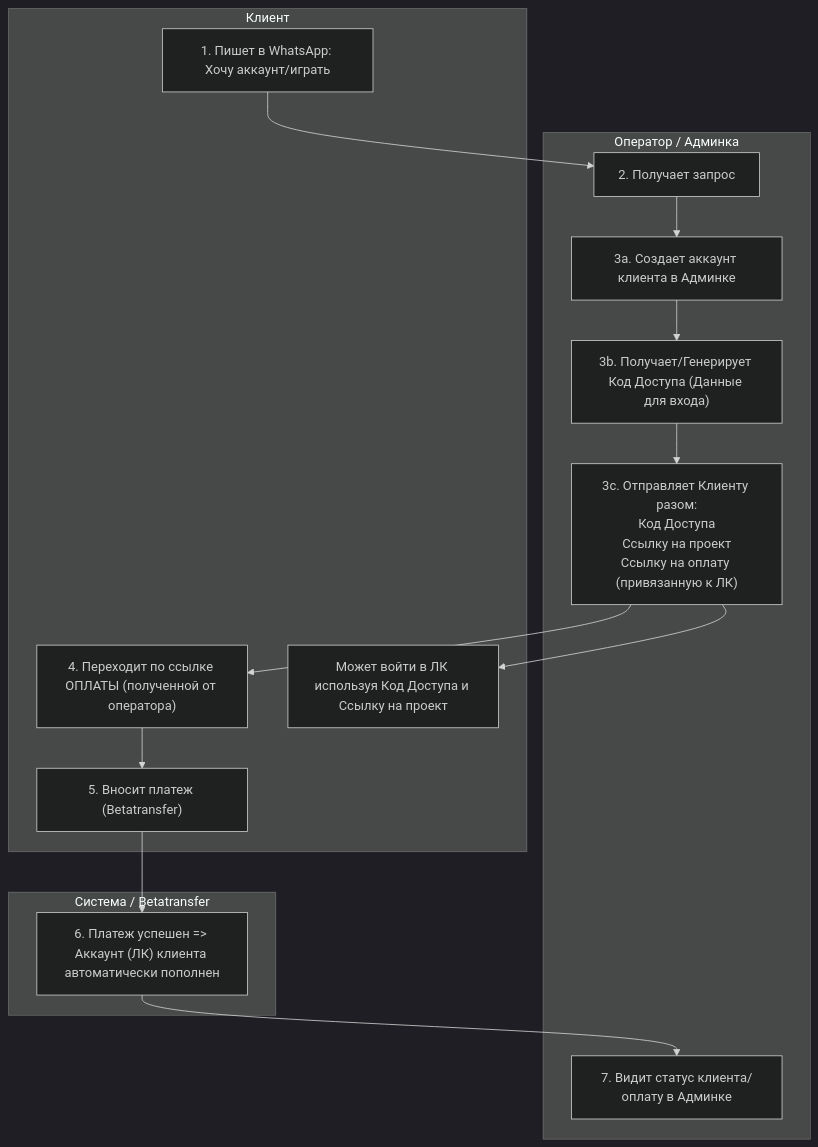
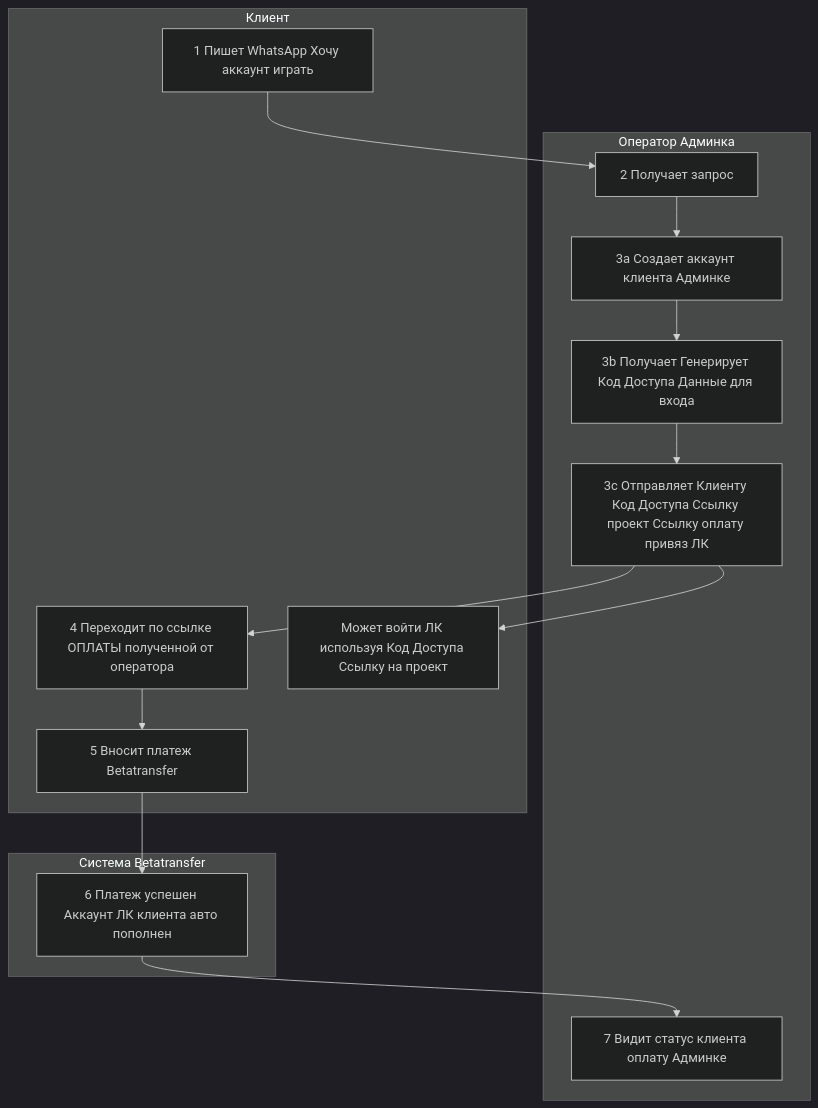
One commit to serheg/obirix.com changed the diagram in champion.md. Above: the diagram before and after it, drawn with Mermaid (dark theme).

````diff
--- a/champion.md
+++ b/champion.md
@@ -1,34 +1,33 @@
 ```mermaid
  graph TD
     subgraph "Клиент"
-        %% Определяем узлы для группы 'Клиент'
-        A["1. Пишет в WhatsApp: Хочу аккаунт/играть"]
-        F["4. Переходит по ссылке ОПЛАТЫ (полученной от оператора)"]
-        G["5. Вносит платеж (Betatransfer)"]
-        I["Может войти в ЛК используя Код Доступа и Ссылку на проект"]
+        %% Узлы Клиента
+        A["1 Пишет WhatsApp Хочу аккаунт играть"]
+        F["4 Переходит по ссылке ОПЛАТЫ полученной от оператора"]
+        G["5 Вносит платеж Betatransfer"]
+        I["Может войти ЛК используя Код Доступа Ссылку на проект"]
     end
-    subgraph "Оператор / Админка"
-         %% Определяем узлы для группы 'Оператор / Админка'
-        B["2. Получает запрос"]
-        C["3a. Создает аккаунт клиента в Админке"]
-        D["3b. Получает/Генерирует Код Доступа (Данные для входа)"]
-        %% Используем <br/> для переноса строк в узле E
-        E["3c. Отправляет Клиенту разом:<br/>Код Доступа<br/>Ссылку на проект<br/>Ссылку на оплату (привязанную к ЛК)"]
-        K["7. Видит статус клиента/оплату в Админке"]
+    subgraph "Оператор Админка"
+         %% Узлы Оператора
+        B["2 Получает запрос"]
+        C["3a Создает аккаунт клиента Админке"]
+        D["3b Получает Генерирует Код Доступа Данные для входа"]
+        E["3c Отправляет Клиенту Код Доступа Ссылку проект Ссылку оплату привяз ЛК"]
+        K["7 Видит статус клиента оплату Админке"]
     end
-    subgraph "Система / Betatransfer"
-         %% Определяем узлы для группы 'Система / Betatransfer'
-         H["6. Платеж успешен => Аккаунт (ЛК) клиента автоматически пополнен"]
+    subgraph "Система Betatransfer"
+         %% Узлы Системы
+         H["6 Платеж успешен Аккаунт ЛК клиента авто пополнен"]
     end
 
-    %% Определяем связи между узлами
+    %% Связи
     A --> B;
     B --> C;
     C --> D;
     D --> E;
     E --> F;
     F --> G;
     G --> H;
     H --> K;
     E --> I;
 ```
````
